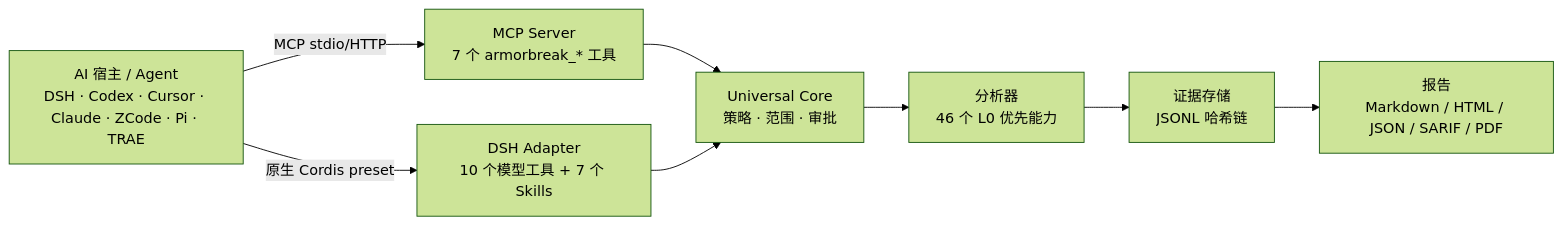
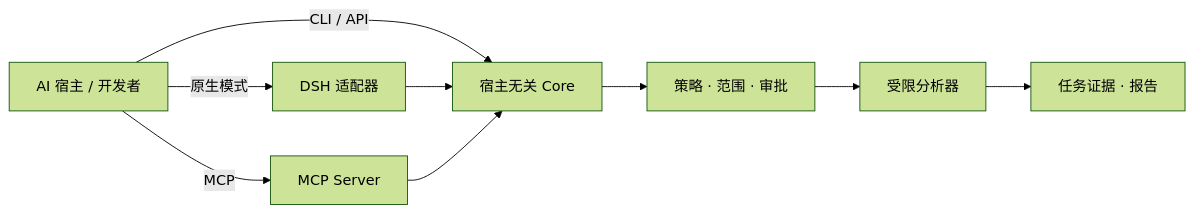
Before and after one commit to LYL-Z/dsh-armorbreak: the diagram in README.zh-CN.md, drawn with Mermaid (forest theme). The commit also changed other lines of this file and 3 other files, not shown here.

````diff
--- a/README.zh-CN.md
+++ b/README.zh-CN.md
@@ -194,10 +103,11 @@
 ```mermaid
 flowchart LR
-  Host["AI 宿主 / Agent<br/>DSH · Codex · Cursor · Claude · ZCode · Pi · TRAE"] -->|MCP stdio/HTTP| MCP["MCP Server<br/>7 个 armorbreak_* 工具"]
-  Host -->|原生 Cordis preset| DSH["DSH Adapter<br/>10 个模型工具 + 7 个 Skills"]
-  MCP --> Core["Universal Core<br/>策略 · 范围 · 审批"]
-  DSH --> Core
-  Core --> Analyzers["分析器<br/>46 个 L0 优先能力"]
-  Analyzers --> Evidence["证据存储<br/>JSONL 哈希链"]
-  Evidence --> Report["报告<br/>Markdown / HTML / JSON / SARIF / PDF"]
+  A["AI 宿主 / 开发者"] -->|原生模式| B["DSH 适配器"]
+  A -->|MCP| C["MCP Server"]
+  A -->|CLI / API| D["宿主无关 Core"]
+  B --> D
+  C --> D
+  D --> E["策略 · 范围 · 审批"]
+  E --> F["受限分析器"]
+  F --> G["任务证据 · 报告"]
 ```
````
